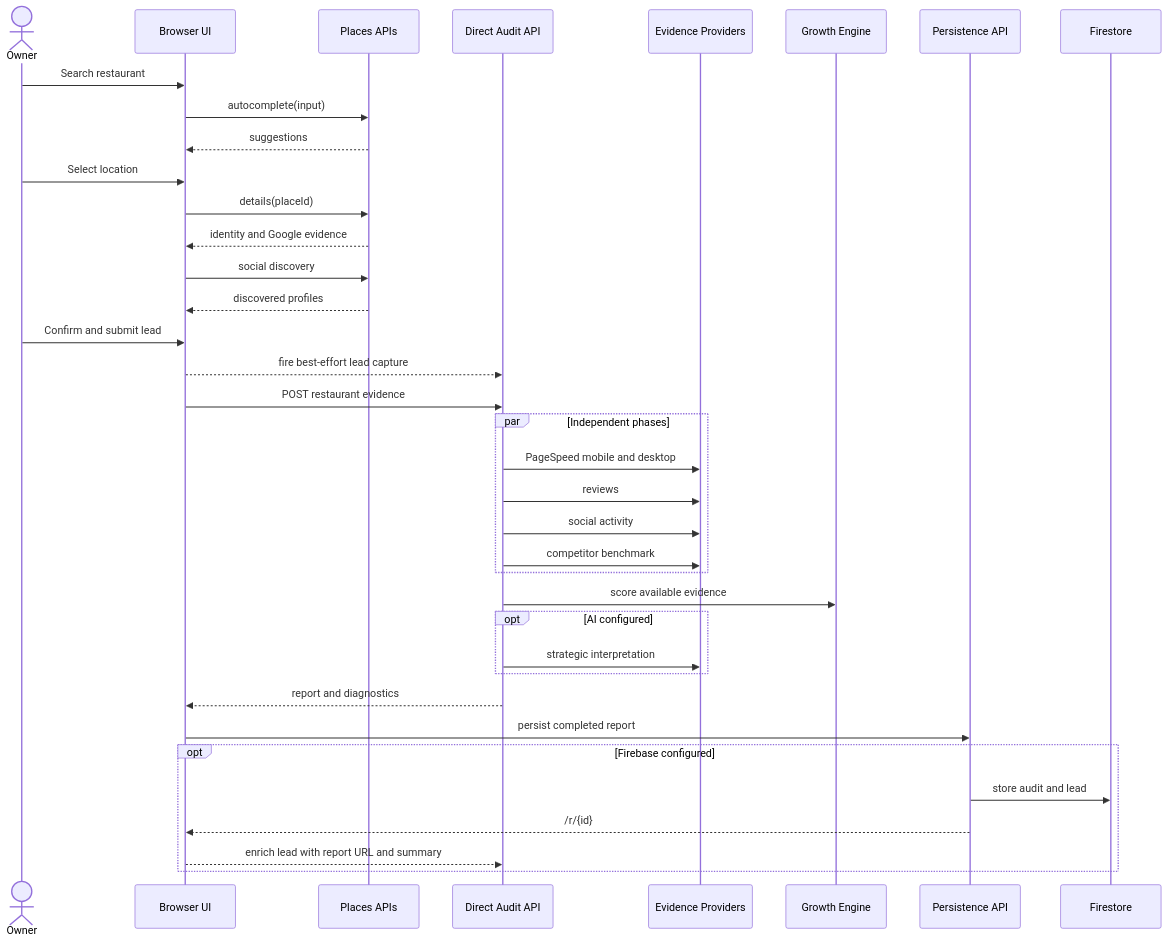
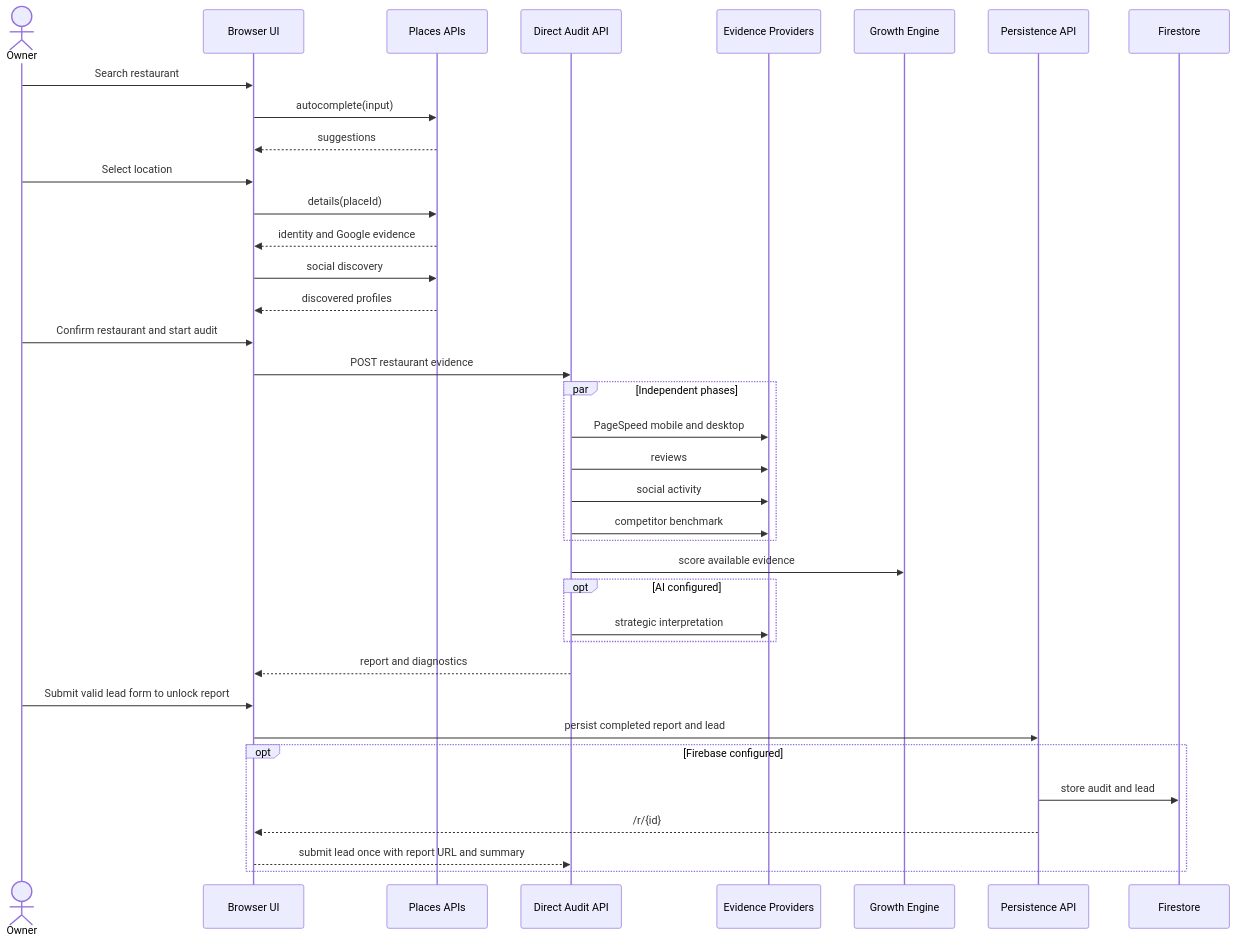
One commit to tossdownadmin/growthaudit changed the diagram in docs/03-Workflows/Audit Workflow.md. Above: the diagram before and after it, drawn with Mermaid. The commit also changed other lines of this file and 11 other files, not shown here.

````diff
--- a/docs/03-Workflows/Audit Workflow.md
+++ b/docs/03-Workflows/Audit Workflow.md
@@ -11,40 +11,40 @@
 ```mermaid
 sequenceDiagram
     actor Owner
     participant UI as Browser UI
     participant Places as Places APIs
     participant Audit as Direct Audit API
     participant Providers as Evidence Providers
     participant Score as Growth Engine
     participant Save as Persistence API
     participant DB as Firestore
 
     Owner->>UI: Search restaurant
     UI->>Places: autocomplete(input)
     Places-->>UI: suggestions
     Owner->>UI: Select location
     UI->>Places: details(placeId)
     Places-->>UI: identity and Google evidence
     UI->>Places: social discovery
     Places-->>UI: discovered profiles
-    Owner->>UI: Confirm and submit lead
-    UI-->>Audit: fire best-effort lead capture
+    Owner->>UI: Confirm restaurant and start audit
     UI->>Audit: POST restaurant evidence
     par Independent phases
       Audit->>Providers: PageSpeed mobile and desktop
       Audit->>Providers: reviews
       Audit->>Providers: social activity
       Audit->>Providers: competitor benchmark
     end
     Audit->>Score: score available evidence
     opt AI configured
       Audit->>Providers: strategic interpretation
     end
     Audit-->>UI: report and diagnostics
-    UI->>Save: persist completed report
+    Owner->>UI: Submit valid lead form to unlock report
+    UI->>Save: persist completed report and lead
     opt Firebase configured
       Save->>DB: store audit and lead
       Save-->>UI: /r/{id}
-      UI-->>Audit: enrich lead with report URL and summary
+      UI-->>Audit: submit lead once with report URL and summary
     end
 ```
````
